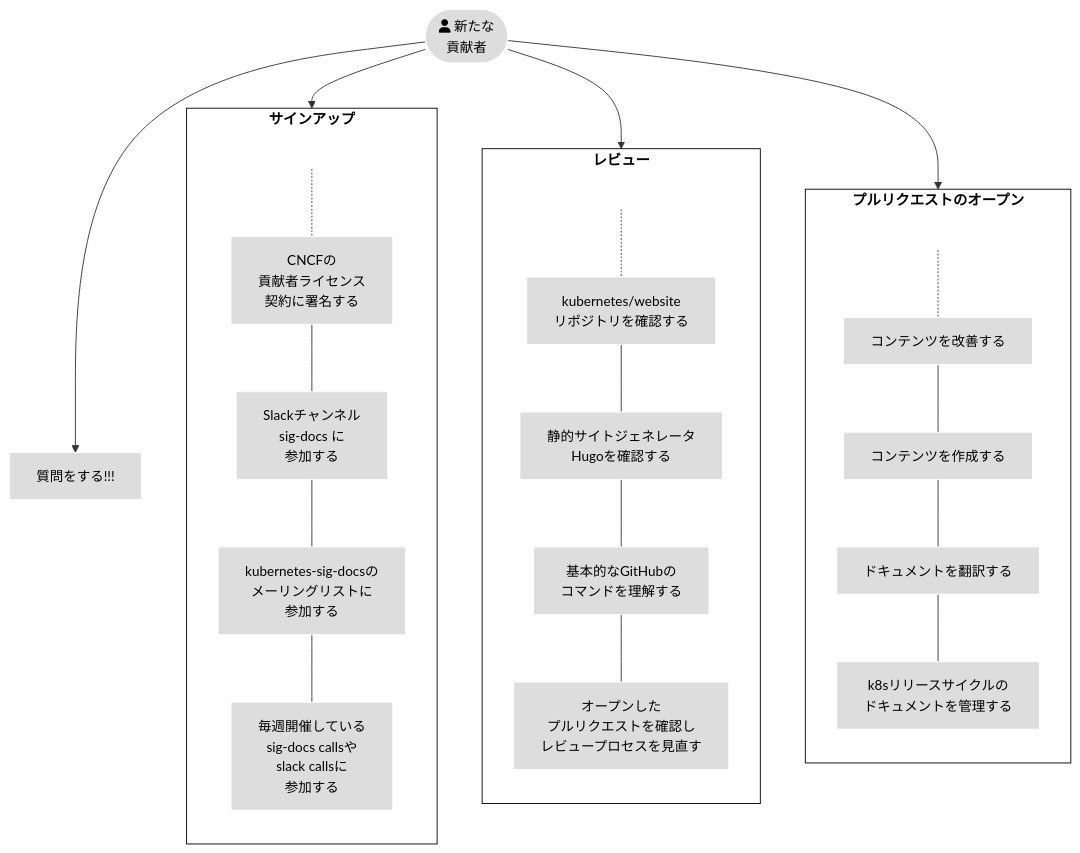
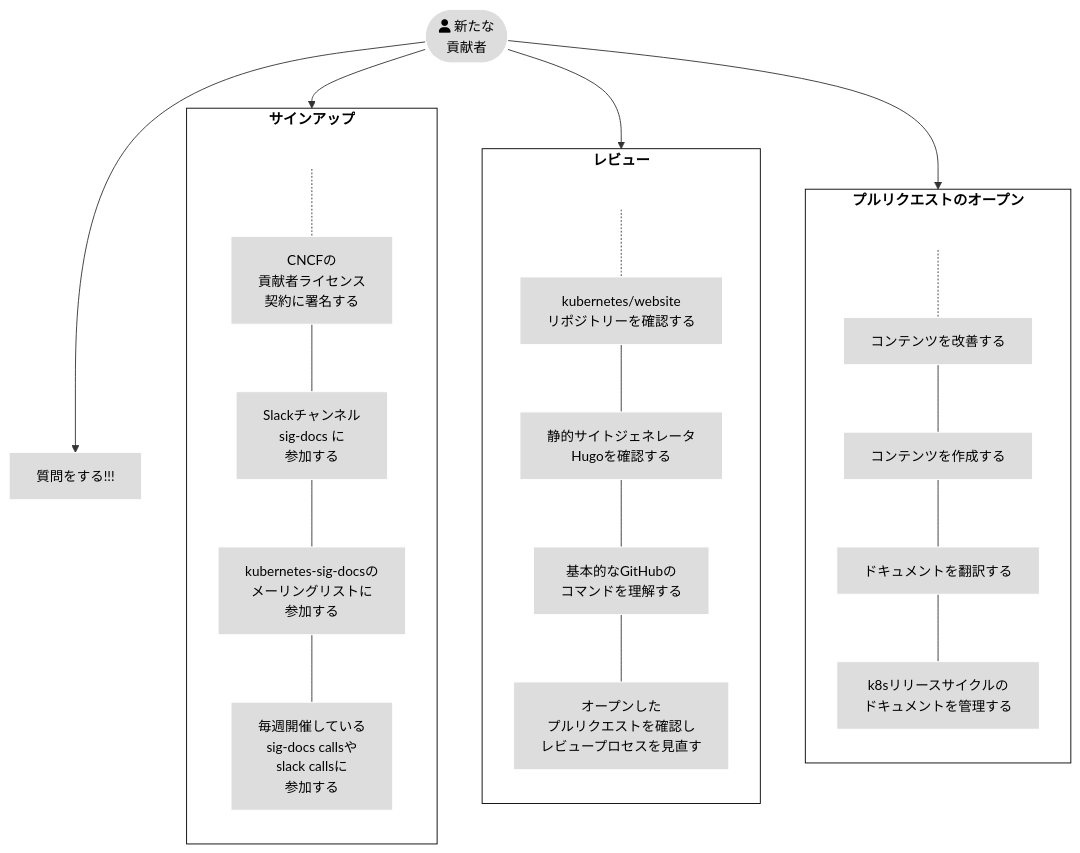
One commit to kubernetes/website changed the first of 2 diagrams in content/ja/docs/contribute/_index.md. Above: the diagram before and after it, drawn with Mermaid. The commit also changed other lines of this file and 27 other files, not shown here.

```diff
--- a/content/ja/docs/contribute/_index.md
+++ b/content/ja/docs/contribute/_index.md
@@ -51,40 +51,40 @@
 {{< mermaid >}}
 flowchart TB
 subgraph third[プルリクエストのオープン]
 direction TB
 U[ ] -.-
 Q[コンテンツを改善する] --- N[コンテンツを作成する]
 N --- O[ドキュメントを翻訳する]
 O --- P[k8sリリースサイクルの <br>ドキュメントを管理する]
 
 end
 
 subgraph second[レビュー]
 direction TB
    T[ ] -.-
-   D[kubernetes/website <br>リポジトリを確認する] --- E[静的サイトジェネレータ <br>Hugoを確認する]
+   D[kubernetes/website <br>リポジトリーを確認する] --- E[静的サイトジェネレータ <br>Hugoを確認する]
    E --- F[基本的なGitHubの <br>コマンドを理解する]
    F --- G[オープンした <br>プルリクエストを確認し <br>レビュープロセスを見直す]
 end
 
 subgraph first[サインアップ]
     direction TB
     S[ ] -.-
     B[CNCFの <br>貢献者ライセンス <br>契約に署名する] --- C[Slackチャンネル <br>sig-docs に<br>参加する]
     C --- V[kubernetes-sig-docsの<br> メーリングリストに <br>参加する]
     V --- M[毎週開催している <br>sig-docs callsや<br> slack callsに <br>参加する]
 end
 
 A([fa:fa-user 新たな<br>貢献者]) --> first
 A --> second
 A --> third
 A --> H[質問をする!!!]
 
 
 classDef grey fill:#dddddd,stroke:#ffffff,stroke-width:px,color:#000000, font-size:15px;
 classDef white fill:#ffffff,stroke:#000,stroke-width:px,color:#000,font-weight:bold
 classDef spacewhite fill:#ffffff,stroke:#fff,stroke-width:0px,color:#000
 class A,B,C,D,E,F,G,H,M,Q,N,O,P,V grey
 class S,T,U spacewhite
 class first,second,third white
 {{</ mermaid >}}
```
